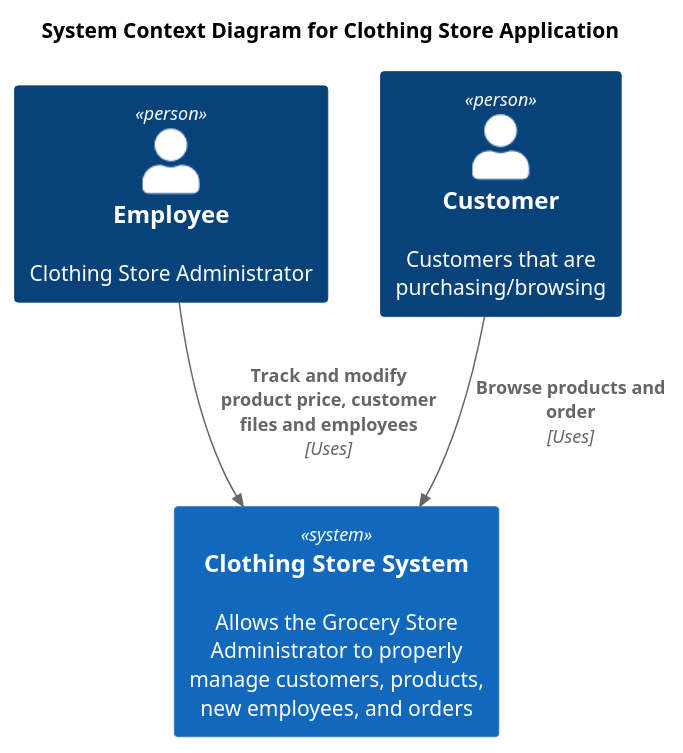
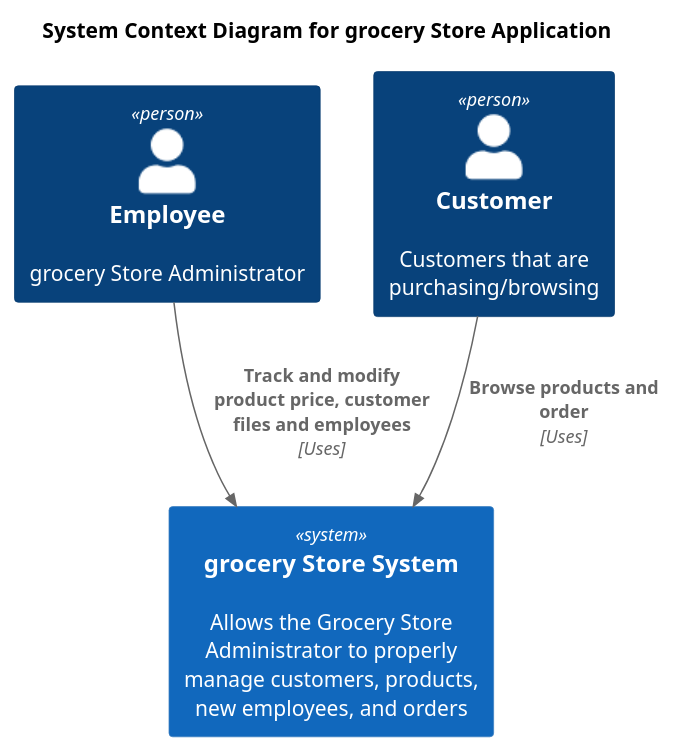
Before and after one commit to AlexCristea04/clothingstoremicroservices: the diagram in diagrams/C4_L1_Context_Diagram.puml, drawn with PlantUML. The commit also changed 4 other files, not shown here.

```diff
--- a/diagrams/C4_L1_Context_Diagram.puml
+++ b/diagrams/C4_L1_Context_Diagram.puml
@@ -1,13 +1,13 @@
 @startuml
 !includeurl https://raw.githubusercontent.com/RicardoNiepel/C4-PlantUML/master/C4_Context.puml
 
-title System Context Diagram for Clothing Store Application
-Person(employee, "Employee", "Clothing Store Administrator")
+title System Context Diagram for grocery Store Application
+Person(employee, "Employee", "grocery Store Administrator")
 Person(customer, "Customer", "Customers that are purchasing/browsing")
-System(clothingstoreapp, "Clothing Store System", "Allows the Grocery Store Administrator to properly manage customers, products, new employees, and orders")
+System(grocerystoreapp, "grocery Store System", "Allows the Grocery Store Administrator to properly manage customers, products, new employees, and orders")
 
-Rel(employee, clothingstoreapp, "Track and modify product price, customer files and employees", "Uses")
-Rel(customer, clothingstoreapp, "Browse products and order", "Uses")
+Rel(employee, grocerystoreapp, "Track and modify product price, customer files and employees", "Uses")
+Rel(customer, grocerystoreapp, "Browse products and order", "Uses")
 
 'SHOW_LEGEND()
 @enduml
```
